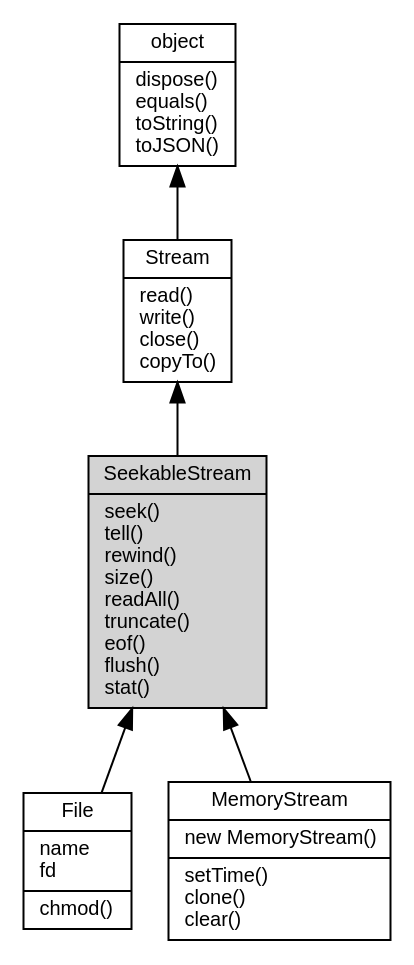
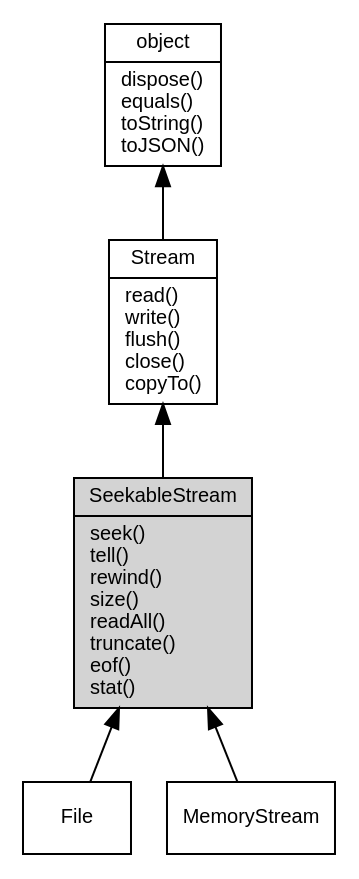
Before and after one commit to fibjs/fibjs.org: the diagram in docs/manual/object/ifs/SeekableStream.md, drawn with Graphviz. The commit also changed 289 other files, not shown here.

````diff
--- a/docs/manual/object/ifs/SeekableStream.md
+++ b/docs/manual/object/ifs/SeekableStream.md
@@ -5,16 +5,16 @@
 ```dot
 digraph {
     node [fontname="Helvetica,sans-Serif", fontsize=10, shape="record", style="filled", fillcolor="white"];
 
     object [tooltip="object", URL="object.md", label="{object|dispose()\lequals()\ltoString()\ltoJSON()\l}"];
-    Stream [tooltip="Stream", URL="Stream.md", label="{Stream|read()\lwrite()\lclose()\lcopyTo()\l}"];
-    SeekableStream [tooltip="SeekableStream", fillcolor="lightgray", label="{SeekableStream|seek()\ltell()\lrewind()\lsize()\lreadAll()\ltruncate()\leof()\lflush()\lstat()\l}"];
-    File [tooltip="File", URL="File.md", label="{File|name\lfd\l|chmod()\l}"];
-    MemoryStream [tooltip="MemoryStream", URL="MemoryStream.md", label="{MemoryStream|new MemoryStream()\l|setTime()\lclone()\lclear()\l}"];
+    Stream [tooltip="Stream", URL="Stream.md", label="{Stream|read()\lwrite()\lflush()\lclose()\lcopyTo()\l}"];
+    SeekableStream [tooltip="SeekableStream", fillcolor="lightgray", id="me", label="{SeekableStream|seek()\ltell()\lrewind()\lsize()\lreadAll()\ltruncate()\leof()\lstat()\l}"];
+    File [tooltip="File", URL="File.md", label="{File}"];
+    MemoryStream [tooltip="MemoryStream", URL="MemoryStream.md", label="{MemoryStream}"];
 
     object -> Stream [dir=back];
     Stream -> SeekableStream [dir=back];
     SeekableStream -> File [dir=back];
     SeekableStream -> MemoryStream [dir=back];
 }
 ```
````
